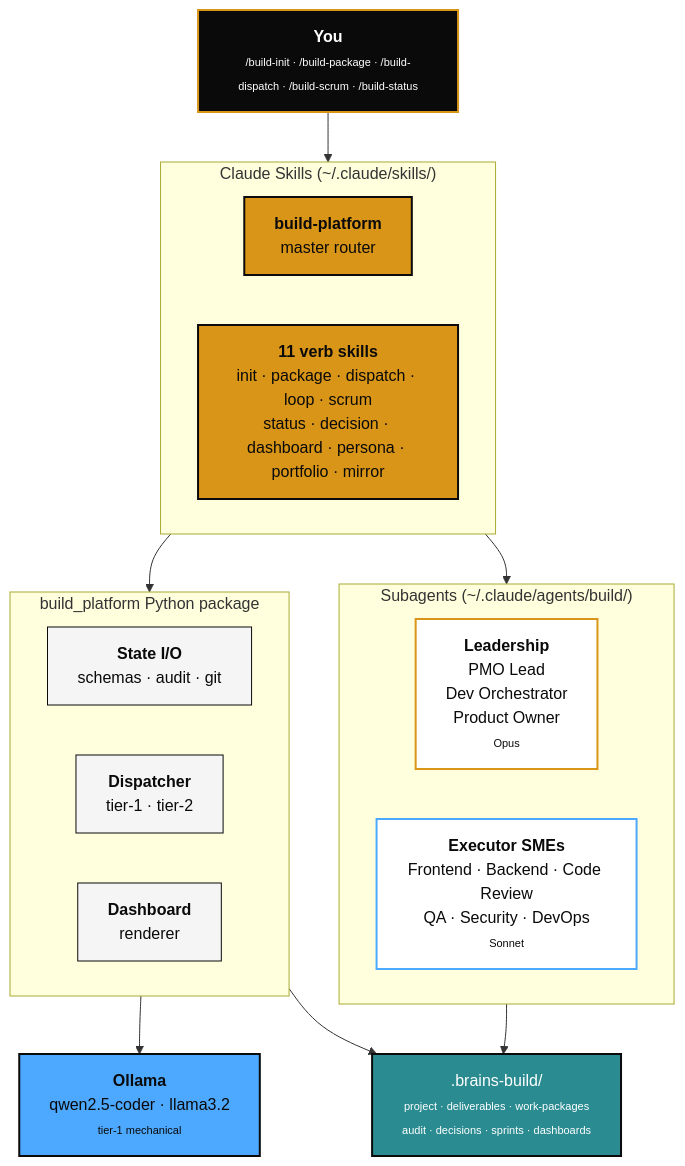
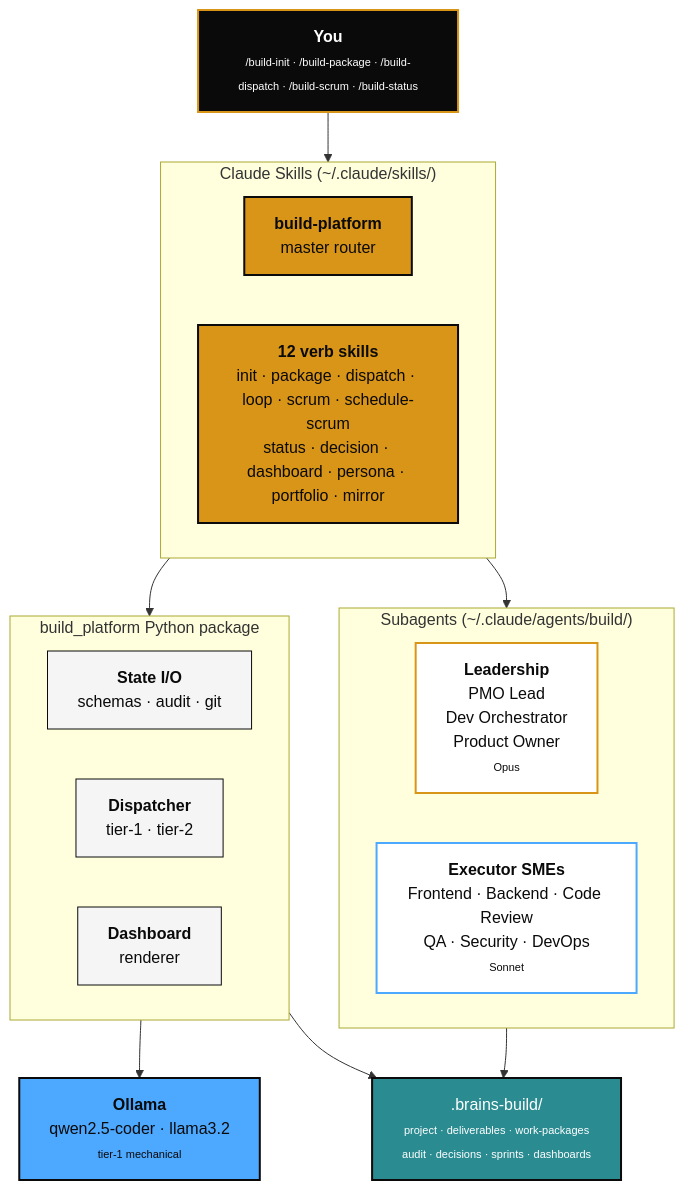
Before and after one commit to shard-BRAINS/BRAINS-build-platform: the diagram in README.md, drawn with Mermaid. The commit also changed other lines of this file, not shown here.

````diff
--- a/README.md
+++ b/README.md
@@ -41,41 +41,41 @@
 ```mermaid
 flowchart TD
     U["<b>You</b><br/><span style='font-size:11px'>/build-init · /build-package · /build-dispatch · /build-scrum · /build-status</span>"]:::user
 
     subgraph SKILLS["Claude Skills (~/.claude/skills/)"]
       direction LR
       MS["<b>build-platform</b><br/>master router"]:::skill
-      VS["<b>11 verb skills</b><br/>init · package · dispatch · loop · scrum<br/>status · decision · dashboard · persona · portfolio · mirror"]:::skill
+      VS["<b>12 verb skills</b><br/>init · package · dispatch · loop · scrum · schedule-scrum<br/>status · decision · dashboard · persona · portfolio · mirror"]:::skill
     end
 
     subgraph AGENTS["Subagents (~/.claude/agents/build/)"]
       direction LR
       LEAD["<b>Leadership</b><br/>PMO Lead<br/>Dev Orchestrator<br/>Product Owner<br/><span style='font-size:11px'>Opus</span>"]:::lead
       SME["<b>Executor SMEs</b><br/>Frontend · Backend · Code Review<br/>QA · Security · DevOps<br/><span style='font-size:11px'>Sonnet</span>"]:::sme
     end
 
     subgraph PKG["build_platform Python package"]
       direction LR
       STATE["<b>State I/O</b><br/>schemas · audit · git"]:::pkg
       DISP["<b>Dispatcher</b><br/>tier-1 · tier-2"]:::pkg
       DASH["<b>Dashboard</b><br/>renderer"]:::pkg
     end
 
     OLLAMA["<b>Ollama</b><br/>qwen2.5-coder · llama3.2<br/><span style='font-size:11px'>tier-1 mechanical</span>"]:::ollama
     FS[".brains-build/<br/><span style='font-size:11px'>project · deliverables · work-packages<br/>audit · decisions · sprints · dashboards</span>"]:::state
 
     U --> SKILLS
     SKILLS --> PKG
     SKILLS --> AGENTS
     PKG --> OLLAMA
     PKG --> FS
     AGENTS --> FS
 
     classDef user fill:#0A0A0A,stroke:#D99518,stroke-width:2px,color:#FFFFFF
     classDef skill fill:#D99518,stroke:#0A0A0A,stroke-width:2px,color:#0A0A0A
     classDef lead fill:#FFFFFF,stroke:#D99518,stroke-width:2px,color:#0A0A0A
     classDef sme fill:#FFFFFF,stroke:#4DA8FF,stroke-width:2px,color:#0A0A0A
     classDef pkg fill:#F5F5F5,stroke:#0A0A0A,stroke-width:1px,color:#0A0A0A
     classDef ollama fill:#4DA8FF,stroke:#0A0A0A,stroke-width:2px,color:#0A0A0A
     classDef state fill:#2A8B91,stroke:#0A0A0A,stroke-width:2px,color:#FFFFFF
 ```
````
